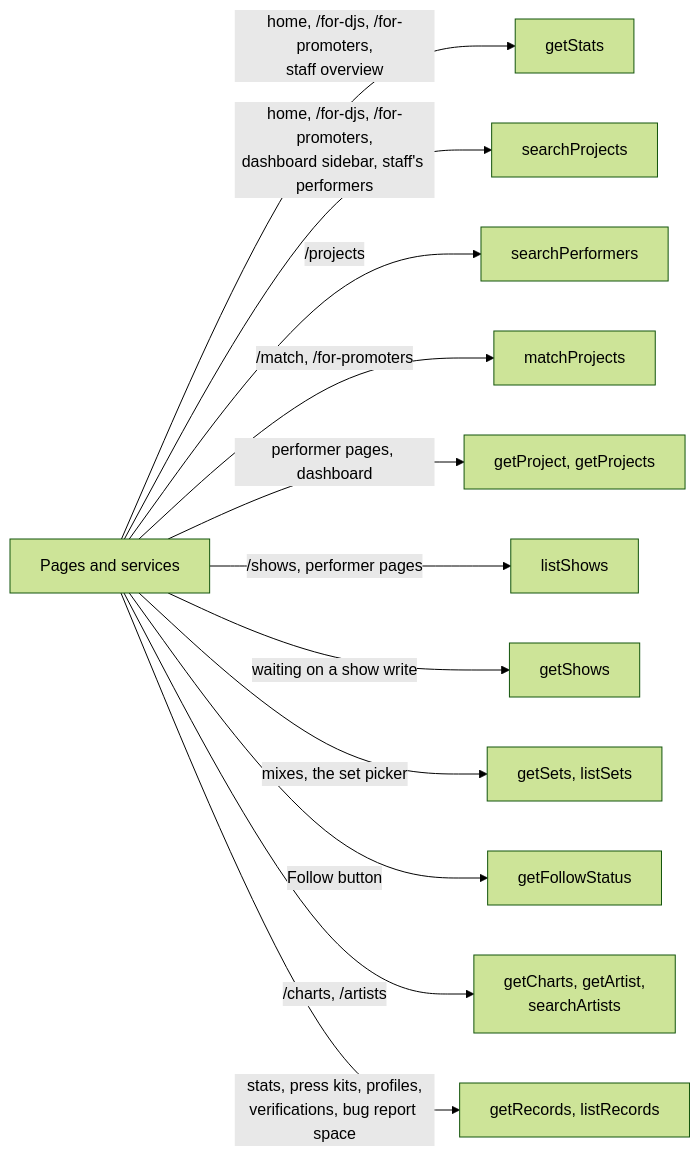
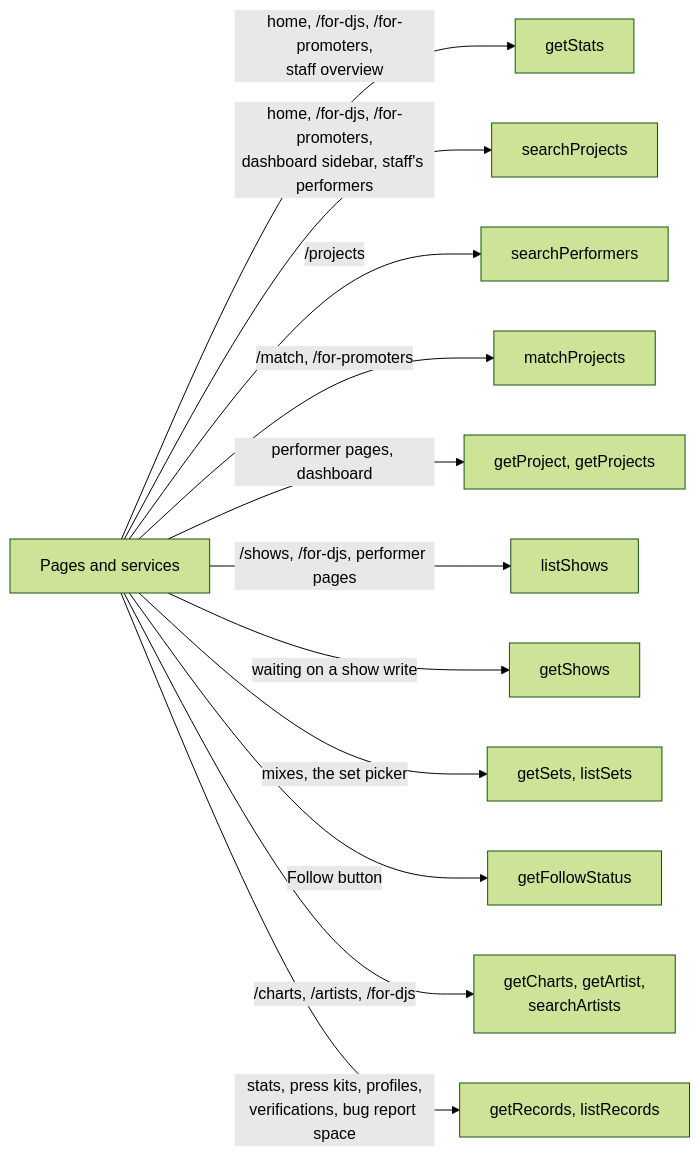
Before and after one commit to cutenode/localnetwork: the seventh of 7 diagrams in apps/web/docs/diagrams/jobs-and-directory.md, drawn with Mermaid (forest theme). The commit also changed 7 other files, not shown here.

````diff
--- a/apps/web/docs/diagrams/jobs-and-directory.md
+++ b/apps/web/docs/diagrams/jobs-and-directory.md
@@ -138,15 +138,15 @@
 ```mermaid
 flowchart LR
   Pages["Pages and services"]
   Pages -- "home, /for-djs, /for-promoters,<br/>staff overview" --> Q1["getStats"]
   Pages -- "home, /for-djs, /for-promoters,<br/>dashboard sidebar, staff's performers" --> Q10["searchProjects"]
   Pages -- "/projects" --> Q2["searchPerformers"]
   Pages -- "/match, /for-promoters" --> Q3["matchProjects"]
   Pages -- "performer pages, dashboard" --> Q4["getProject, getProjects"]
-  Pages -- "/shows, performer pages" --> Q5["listShows"]
+  Pages -- "/shows, /for-djs, performer pages" --> Q5["listShows"]
   Pages -- "waiting on a show write" --> Q11["getShows"]
   Pages -- "mixes, the set picker" --> Q6["getSets, listSets"]
   Pages -- "Follow button" --> Q7["getFollowStatus"]
-  Pages -- "/charts, /artists" --> Q8["getCharts, getArtist,<br/>searchArtists"]
+  Pages -- "/charts, /artists, /for-djs" --> Q8["getCharts, getArtist,<br/>searchArtists"]
   Pages -- "stats, press kits, profiles,<br/>verifications, bug report space" --> Q9["getRecords, listRecords"]
 ```
````
